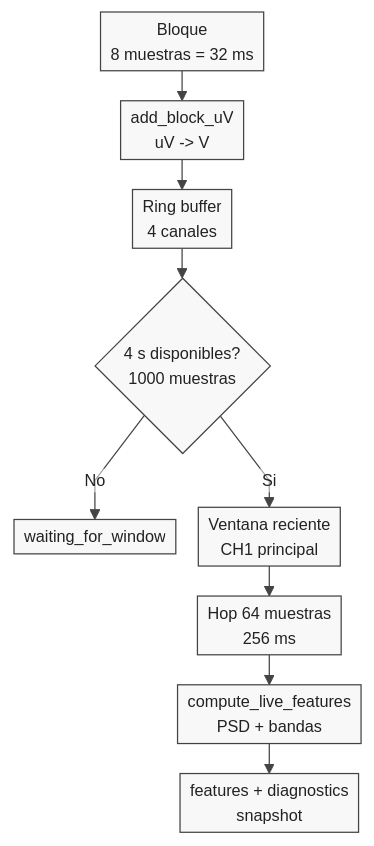
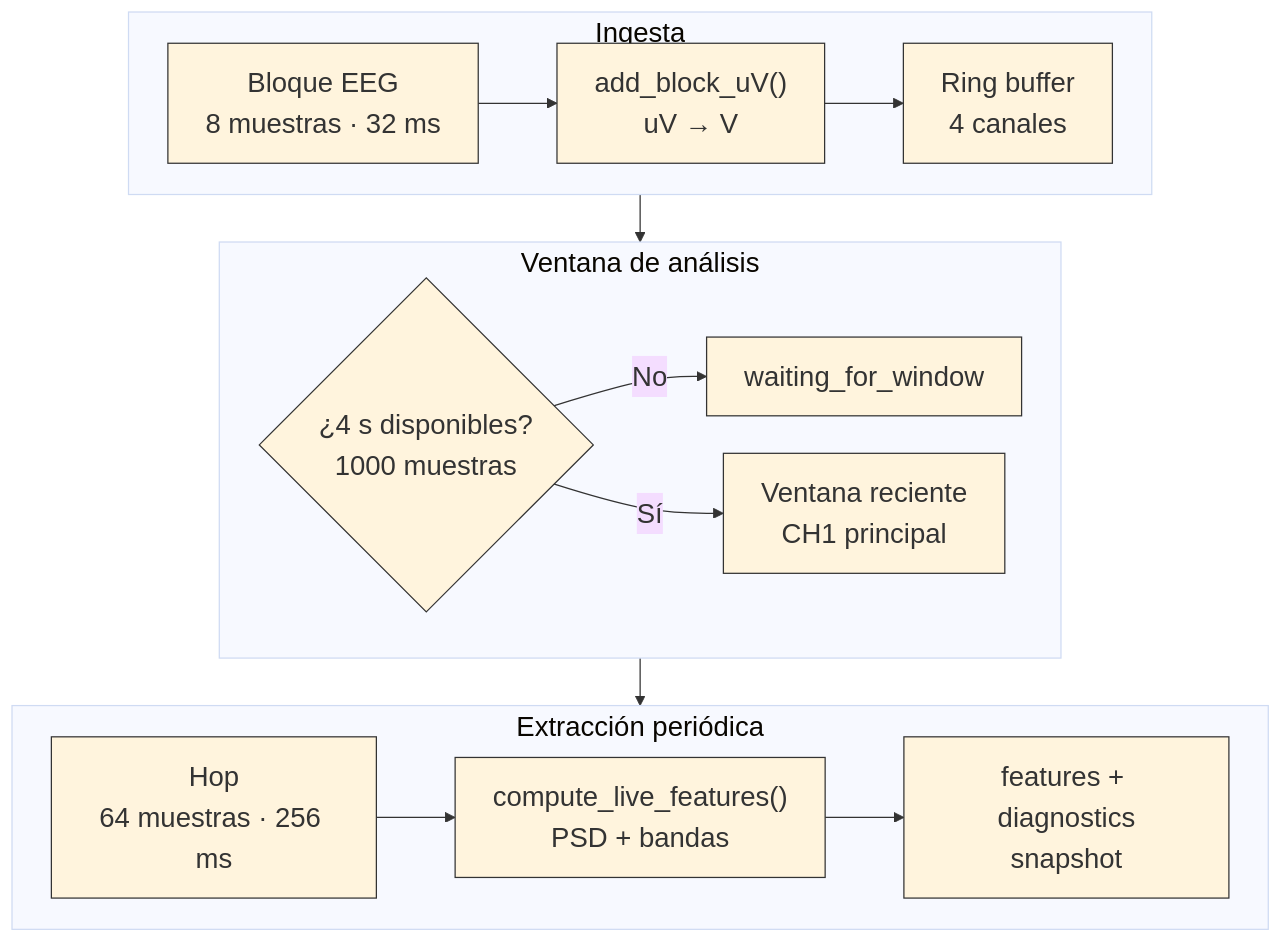
The diagram in TFG_EEG_MIDI/images/uml/impl_backend_buffer_ventana.mmd (valtorresm97/REDACCION-TFG), drawn with Mermaid before and after one commit.

Commit message:
Normalize backend buffer diagram visual style

```diff
--- a/TFG_EEG_MIDI/images/uml/impl_backend_buffer_ventana.mmd
+++ b/TFG_EEG_MIDI/images/uml/impl_backend_buffer_ventana.mmd
@@ -1,10 +1,22 @@
-%%{init: {"theme": "base", "themeVariables": {"fontFamily": "Arial", "fontSize": "13px", "primaryColor": "#F8F8F8", "primaryTextColor": "#222222", "primaryBorderColor": "#444444", "lineColor": "#444444", "secondaryColor": "#FFFFFF", "tertiaryColor": "#FFFFFF"}, "flowchart": {"curve": "linear", "nodeSpacing": 18, "rankSpacing": 24, "padding": 4, "htmlLabels": false}}}%%
+%%{init: {"theme": "base", "themeVariables": {"fontSize": "22px", "fontFamily": "Arial", "primaryBorderColor": "#333333", "lineColor": "#333333"}, "flowchart": {"htmlLabels": true, "nodeSpacing": 30, "rankSpacing": 38, "curve": "basis"}}}%%
 flowchart TB
-  b["Bloque\n8 muestras = 32 ms"] --> conv["add_block_uV\nuV -> V"]
-  conv --> rb["Ring buffer\n4 canales"]
-  rb --> check{"4 s disponibles?\n1000 muestras"}
-  check -- "No" --> wait["waiting_for_window"]
-  check -- "Si" --> win["Ventana reciente\nCH1 principal"]
-  win --> hop["Hop 64 muestras\n256 ms"]
-  hop --> feat["compute_live_features\nPSD + bandas"]
-  feat --> snap["features + diagnostics\nsnapshot"]
+  subgraph input["Ingesta"]
+    direction LR
+    block["Bloque EEG<br/>8 muestras · 32 ms"] --> convert["add_block_uV()<br/>uV → V"]
+    convert --> ring["Ring buffer<br/>4 canales"]
+  end
+
+  subgraph window["Ventana de análisis"]
+    direction LR
+    ready{"¿4 s disponibles?<br/>1000 muestras"} -- "No" --> wait["waiting_for_window"]
+    ready -- "Sí" --> ch1["Ventana reciente<br/>CH1 principal"]
+  end
+
+  subgraph features["Extracción periódica"]
+    direction LR
+    hop["Hop<br/>64 muestras · 256 ms"] --> live["compute_live_features()<br/>PSD + bandas"]
+    live --> snap["features + diagnostics<br/>snapshot"]
+  end
+
+  ring --> ready
+  ch1 --> hop
```
